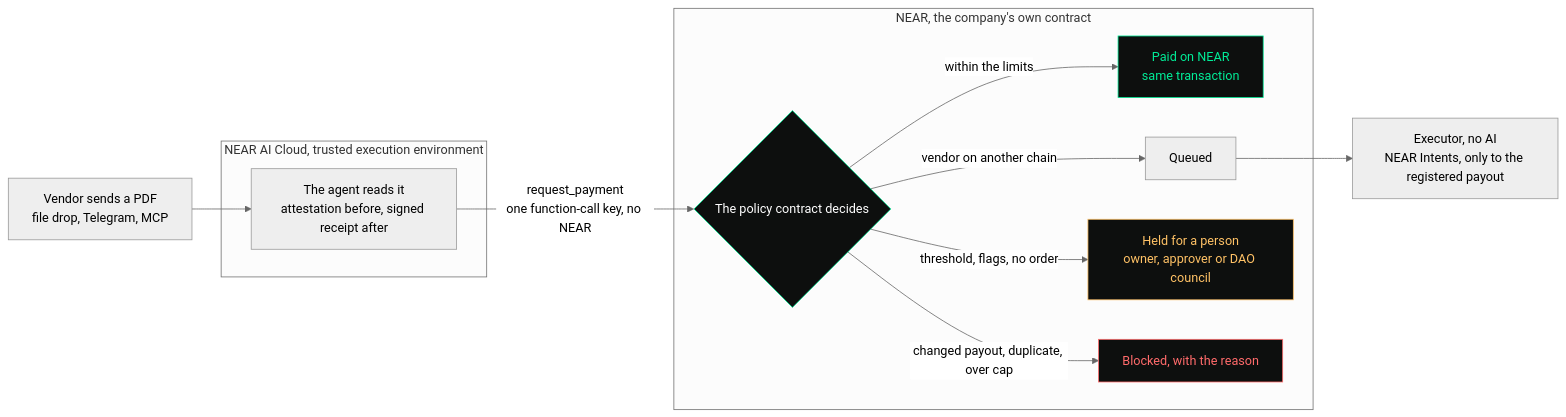
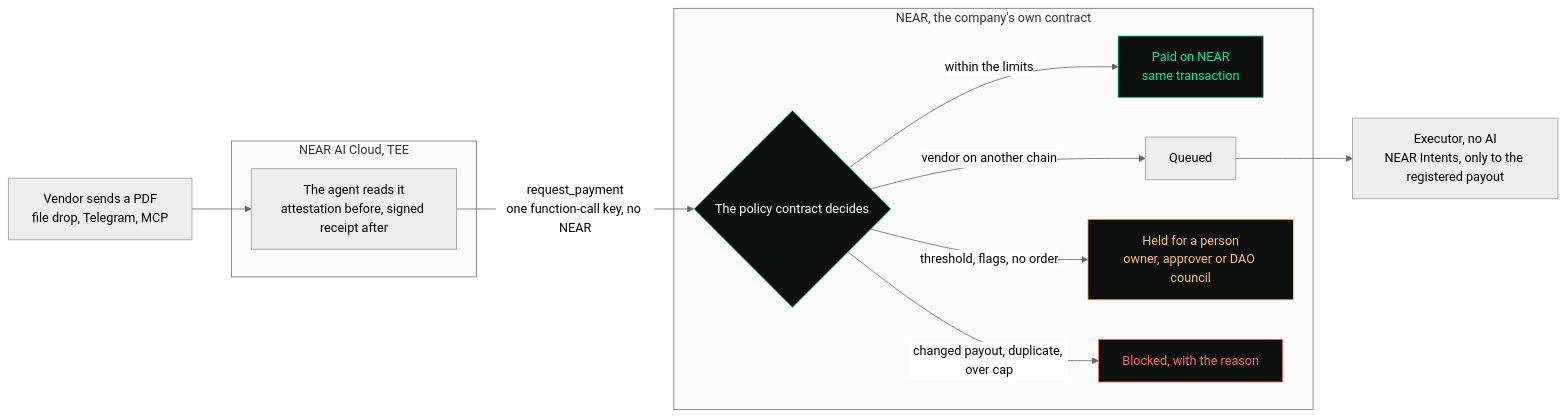
Before and after one commit to DCSteve96/Bursar: the diagram in README.md, drawn with Mermaid (neutral theme).

Commit message:
Shorter enclave label in the flow diagram
Claude-Session: https://claude.ai/code/session_01V7Aq8XmvYWJDegjhxrDGst

````diff
--- a/README.md
+++ b/README.md
@@ -33,20 +33,20 @@
 ```mermaid
 flowchart LR
     V["Vendor sends a PDF<br>file drop, Telegram, MCP"] --> A
-    subgraph enclave["NEAR AI Cloud, trusted execution environment"]
+    subgraph enclave["NEAR AI Cloud, TEE"]
         A["The agent reads it<br>attestation before, signed receipt after"]
     end
     A -- "request_payment<br>one function-call key, no NEAR" --> C
     subgraph chain["NEAR, the company's own contract"]
         C{"The policy contract decides"}
         C -- "within the limits" --> P["Paid on NEAR<br>same transaction"]
         C -- "vendor on another chain" --> Q["Queued"]
         C -- "threshold, flags, no order" --> H["Held for a person<br>owner, approver or DAO council"]
         C -- "changed payout, duplicate, over cap" --> B["Blocked, with the reason"]
     end
     Q --> E["Executor, no AI<br>NEAR Intents, only to the registered payout"]
     style C fill:#0d0f0e,stroke:#00ec97,color:#fff
     style P fill:#0d0f0e,stroke:#00ec97,color:#00ec97
     style H fill:#0d0f0e,stroke:#ffc266,color:#ffc266
     style B fill:#0d0f0e,stroke:#ff6b6b,color:#ff6b6b
 ```
````
